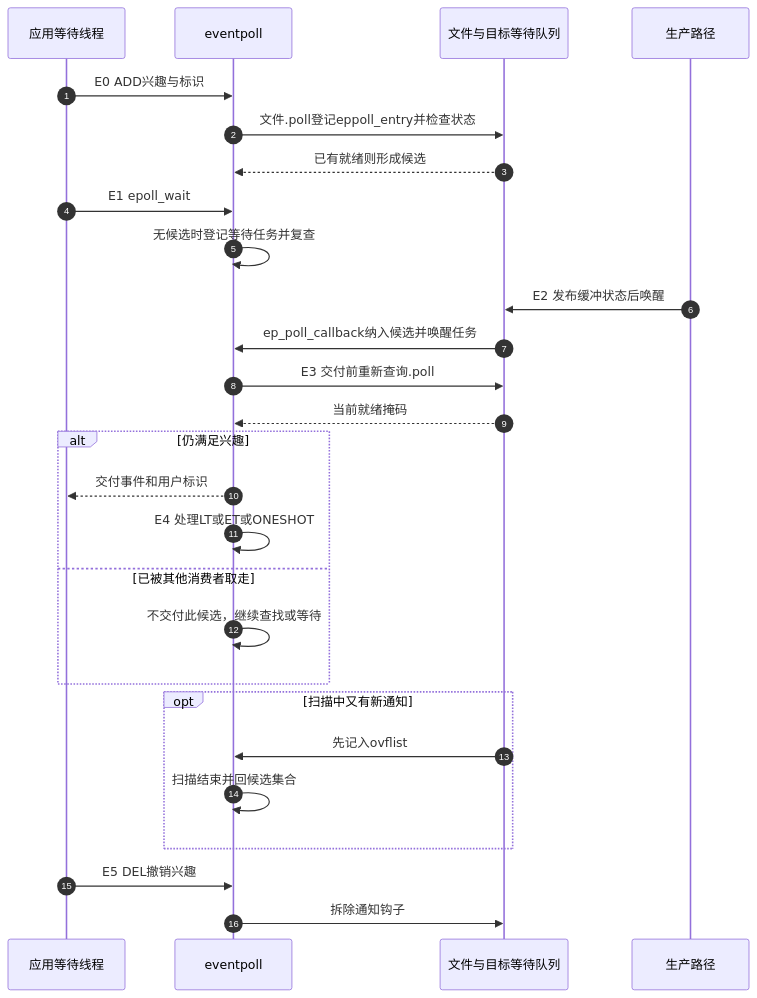
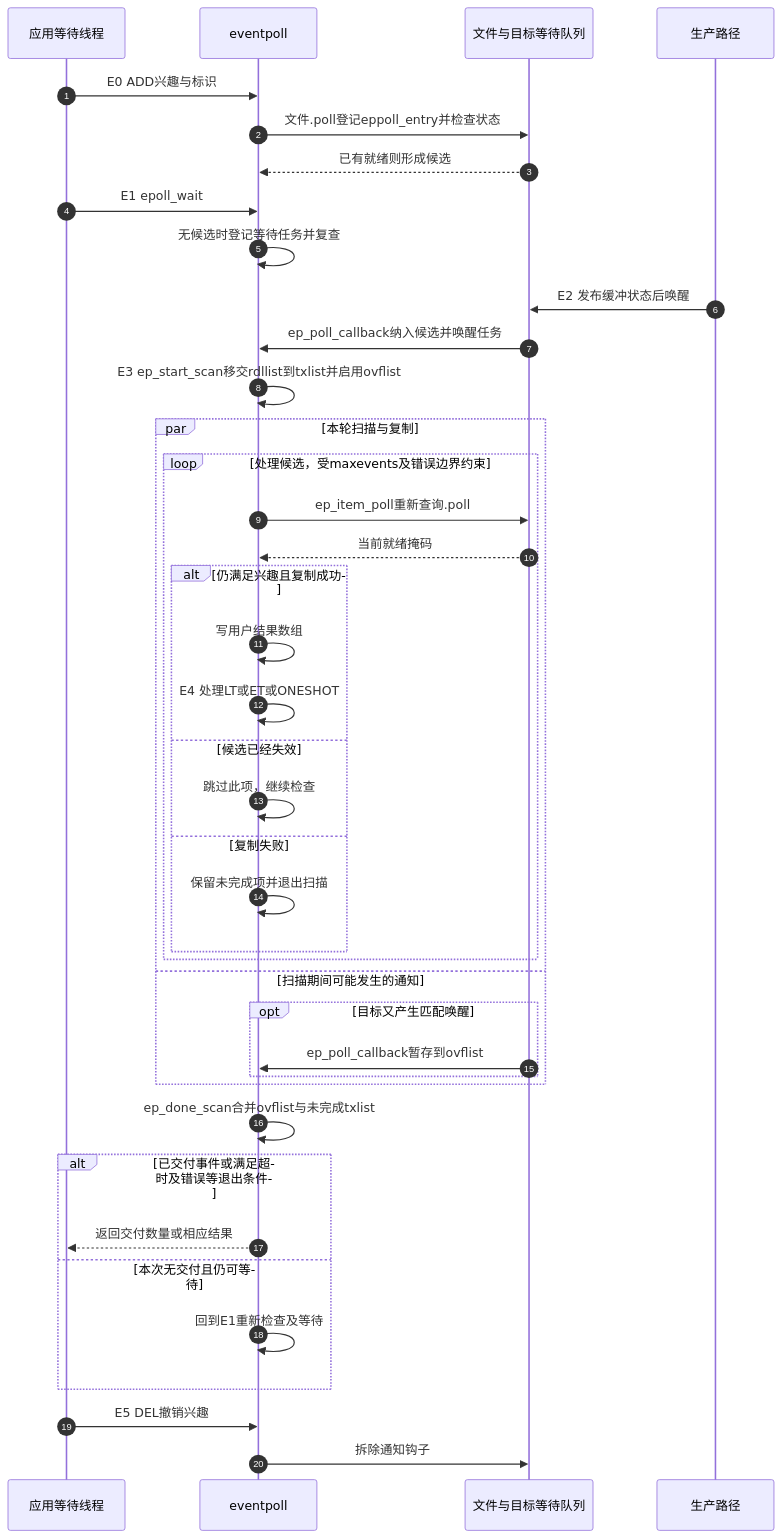
One commit to FormingSystem/linux_note changed the second of 2 diagrams in knowledge/linux/io_model/blocking_io/P02_epoll持久登记与交付.md. Above: the diagram before and after it, drawn with Mermaid. The commit also changed other lines of this file and 5 other files, not shown here.

First line of the commit message:
content(linux/io): 修正就绪模型检查与epoll并行扫描图

````diff
--- a/knowledge/linux/io_model/blocking_io/P02_epoll持久登记与交付.md
+++ b/knowledge/linux/io_model/blocking_io/P02_epoll持久登记与交付.md
@@ -82,29 +84,42 @@
 ```mermaid
 sequenceDiagram
     autonumber
     participant U as 应用等待线程
     participant E as eventpoll
     participant F as 文件与目标等待队列
     participant P as 生产路径
     U->>E: E0 ADD兴趣与标识
     E->>F: 文件.poll登记eppoll_entry并检查状态
     F-->>E: 已有就绪则形成候选
     U->>E: E1 epoll_wait
     E->>E: 无候选时登记等待任务并复查
     P->>F: E2 发布缓冲状态后唤醒
     F->>E: ep_poll_callback纳入候选并唤醒任务
-    E->>F: E3 交付前重新查询.poll
-    F-->>E: 当前就绪掩码
-    alt 仍满足兴趣
-        E-->>U: 交付事件和用户标识
-        E->>E: E4 处理LT或ET或ONESHOT
-    else 已被其他消费者取走
-        E->>E: 不交付此候选，继续查找或等待
+    E->>E: E3 ep_start_scan移交rdllist到txlist并启用ovflist
+    par 本轮扫描与复制
+        loop 处理候选，受maxevents及错误边界约束
+            E->>F: ep_item_poll重新查询.poll
+            F-->>E: 当前就绪掩码
+            alt 仍满足兴趣且复制成功
+                E->>E: 写用户结果数组
+                E->>E: E4 处理LT或ET或ONESHOT
+            else 候选已经失效
+                E->>E: 跳过此项，继续检查
+            else 复制失败
+                E->>E: 保留未完成项并退出扫描
+            end
+        end
+    and 扫描期间可能发生的通知
+        opt 目标又产生匹配唤醒
+            F->>E: ep_poll_callback暂存到ovflist
+        end
     end
-    opt 扫描中又有新通知
-        F->>E: 先记入ovflist
-        E->>E: 扫描结束并回候选集合
+    E->>E: ep_done_scan合并ovflist与未完成txlist
+    alt 已交付事件或满足超时及错误等退出条件
+        E-->>U: 返回交付数量或相应结果
+    else 本次无交付且仍可等待
+        E->>E: 回到E1重新检查及等待
     end
     U->>E: E5 DEL撤销兴趣
     E->>F: 拆除通知钩子
 ```
````
